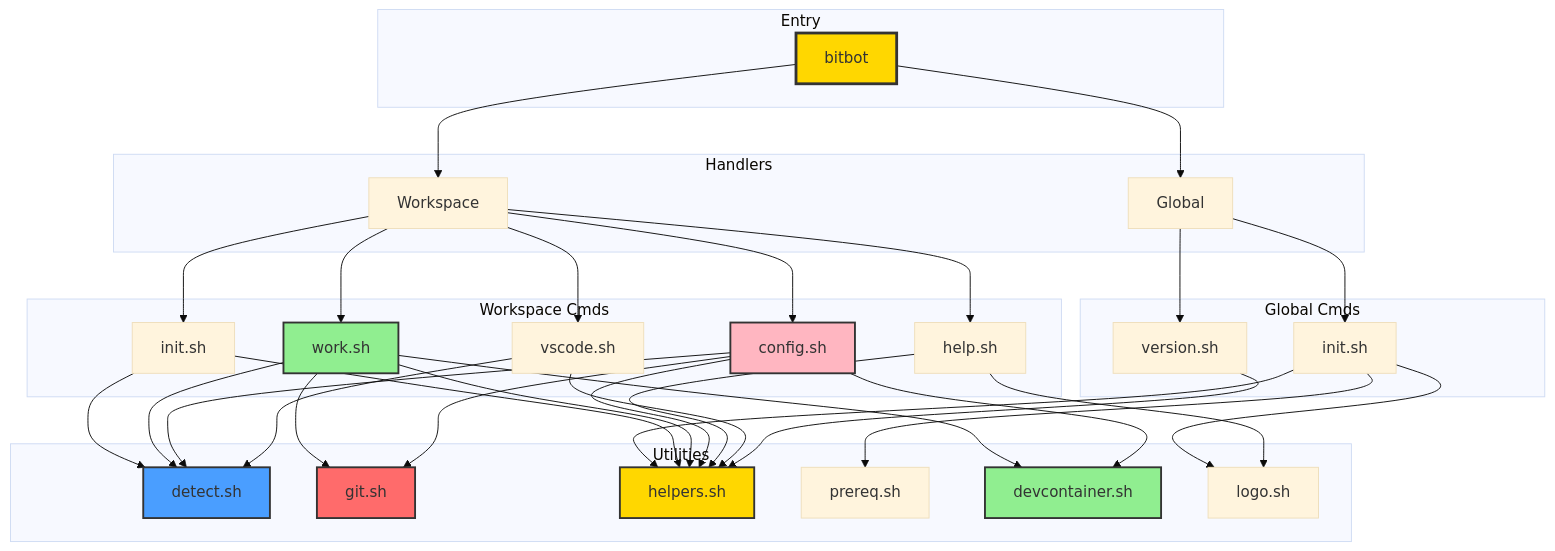
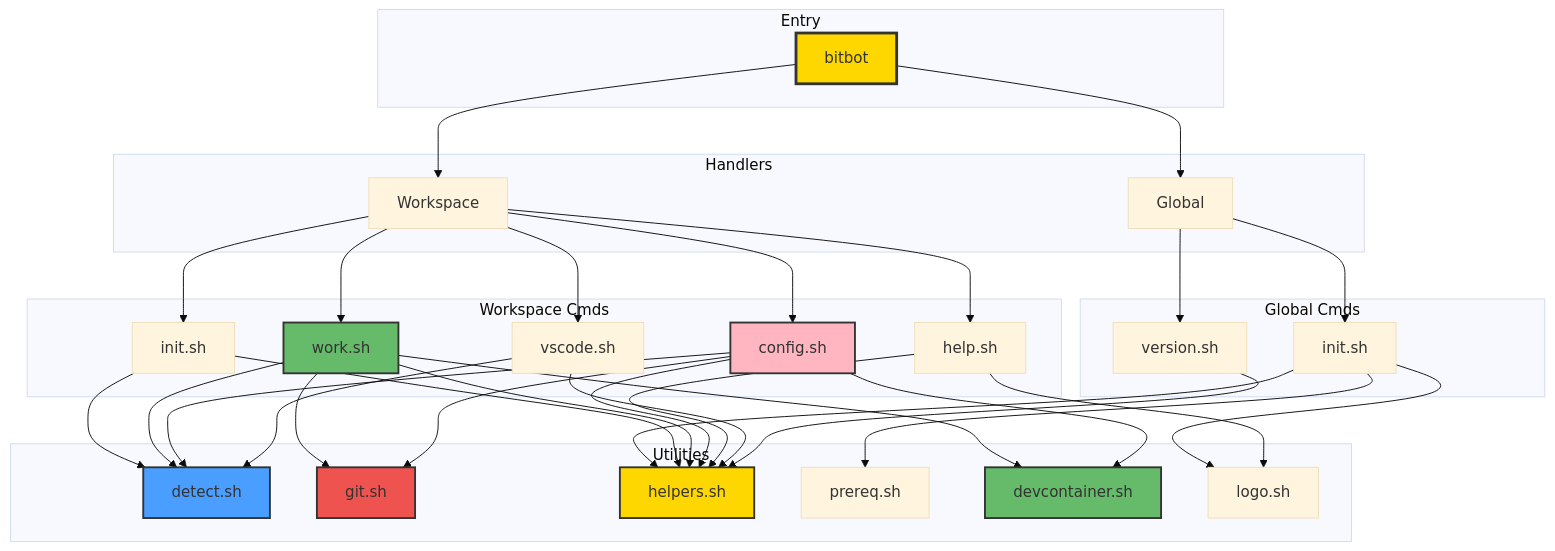
One commit to ManuelKugelmann/BitBot changed the first of 6 diagrams in sparc/3-architecture/diagrams/06-component-interaction.md. Above: the diagram before and after it, drawn with Mermaid (base theme). The commit also changed other lines of this file and 6 other files, not shown here.

First line of the commit message:
Improve diagram colors for better dark text contrast

````diff
--- a/sparc/3-architecture/diagrams/06-component-interaction.md
+++ b/sparc/3-architecture/diagrams/06-component-interaction.md
@@ -5,78 +5,78 @@
 ```mermaid
 graph TB
     subgraph ENTRY["Entry"]
         BITBOT[bitbot]
     end
 
     subgraph HAND["Handlers"]
         GLOBAL[Global]
         WORKSPACE[Workspace]
     end
 
     subgraph GCMD["Global Cmds"]
         GINIT[init.sh]
         VERSION[version.sh]
     end
 
     subgraph WCMD["Workspace Cmds"]
         WINIT[init.sh]
         WWORK[work.sh]
         WCONFIG[config.sh]
         WHELP[help.sh]
         WVSCODE[vscode.sh]
     end
 
     subgraph UTIL["Utilities"]
         DETECT[detect.sh]
         GIT[git.sh]
         HELPERS[helpers.sh]
         PREREQ[prereq.sh]
         DEVCON[devcontainer.sh]
         LOGO[logo.sh]
     end
 
     BITBOT --> GLOBAL
     BITBOT --> WORKSPACE
 
     GLOBAL --> GINIT
     GLOBAL --> VERSION
 
     WORKSPACE --> WINIT
     WORKSPACE --> WWORK
     WORKSPACE --> WCONFIG
     WORKSPACE --> WHELP
     WORKSPACE --> WVSCODE
 
     GINIT --> PREREQ
     GINIT --> HELPERS
     GINIT --> LOGO
 
     WINIT --> DETECT
     WINIT --> HELPERS
 
     WWORK --> DETECT
     WWORK --> GIT
     WWORK --> DEVCON
     WWORK --> HELPERS
 
     WCONFIG --> DETECT
     WCONFIG --> GIT
     WCONFIG --> DEVCON
     WCONFIG --> HELPERS
 
     WHELP --> LOGO
     WHELP --> HELPERS
 
     WVSCODE --> DETECT
     WVSCODE --> HELPERS
 
     VERSION --> HELPERS
 
     style BITBOT fill:#ffd700,stroke:#333,stroke-width:3px
-    style WWORK fill:#90ee90,stroke:#333,stroke-width:2px
+    style WWORK fill:#66bb6a,stroke:#333,stroke-width:2px
     style WCONFIG fill:#ffb6c1,stroke:#333,stroke-width:2px
     style DETECT fill:#4a9eff,stroke:#333,stroke-width:2px
-    style GIT fill:#ff6b6b,stroke:#333,stroke-width:2px
-    style DEVCON fill:#90ee90,stroke:#333,stroke-width:2px
+    style GIT fill:#ef5350,stroke:#333,stroke-width:2px
+    style DEVCON fill:#66bb6a,stroke:#333,stroke-width:2px
     style HELPERS fill:#ffd700,stroke:#333,stroke-width:2px
 ```
````
